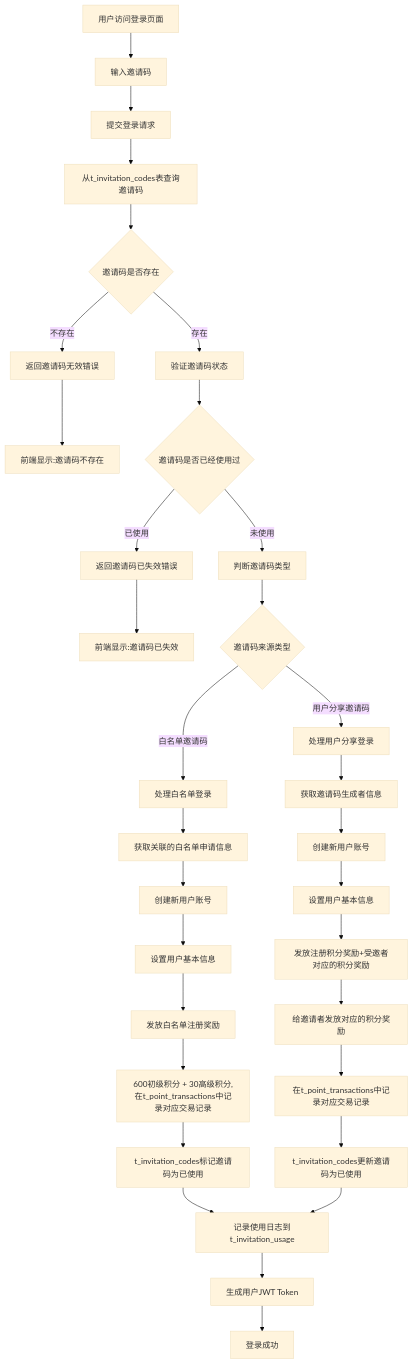
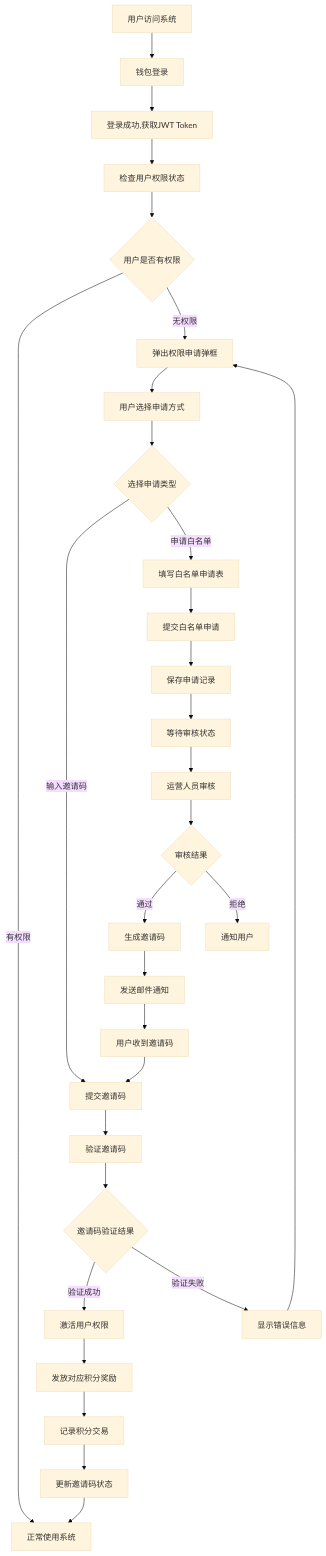
The diagram in all/未命名-76.md (yingjianzh/iodraw-files), drawn with Mermaid (base theme) before and after one commit.

Commit message:
2025-07-08 10:44:17 update

````diff
--- a/all/未命名-76.md
+++ b/all/未命名-76.md
@@ -1,40 +1,39 @@
 ```mermaid
 flowchart TD
-    A[用户访问登录页面] --> B[输入邀请码]
-    B --> E[提交登录请求]
-    E --> H[从t_invitation_codes表查询邀请码]
-    H --> I{邀请码是否存在}
-    I -->|不存在| J[返回邀请码无效错误]
-    J --> K[前端显示:邀请码不存在]
+    A[用户访问系统] --> B[钱包登录]
+    B --> C[登录成功,获取JWT Token]
+    C --> D[检查用户权限状态]
+    D --> E{用户是否有权限}
     
-    I -->|存在| L[验证邀请码状态]
-    L --> M{邀请码是否已经使用过}
-    M -->|已使用| N[返回邀请码已失效错误]
-    N --> O[前端显示:邀请码已失效]
+    E -->|有权限| F[正常使用系统]
+    E -->|无权限| G[弹出权限申请弹框]
     
-    M -->|未使用| X[判断邀请码类型]
-    X --> Y{邀请码来源类型}
+    G --> H[用户选择申请方式]
+    H --> I{选择申请类型}
     
-    Y -->|白名单邀请码| Z[处理白名单登录]
-    Z --> Z1[获取关联的白名单申请信息]
-    Z1 --> Z2[创建新用户账号]
-    Z2 --> Z3[设置用户基本信息]
-    Z3 --> Z4[发放白名单注册奖励]
-    Z4 --> Z5[600初级积分 + 30高级积分,在t_point_transactions中记录对应交易记录]
-    Z5 --> Z6[t_invitation_codes标记邀请码为已使用]
-    Z6 --> AA[记录使用日志到t_invitation_usage]
+    I -->|输入邀请码| J[提交邀请码]
+    I -->|申请白名单| K[填写白名单申请表]
     
-    Y -->|用户分享邀请码| BB[处理用户分享登录]
-    BB --> BB1[获取邀请码生成者信息]
-    BB1 --> BB2[创建新用户账号]
-    BB2 --> BB3[设置用户基本信息]
-    BB3 --> BB4[发放注册积分奖励+受邀者对应的积分奖励]
-    BB4 --> BB5[给邀请者发放对应的积分奖励]
-    BB5 --> BB6[在t_point_transactions中记录对应交易记录]
-    BB6 --> BB7[t_invitation_codes更新邀请码为已使用]
-    BB7 --> AA
+    J --> L[验证邀请码]
+    L --> M{邀请码验证结果}
+    M -->|验证成功| N[激活用户权限]
+    M -->|验证失败| O[显示错误信息]
+    O --> G
     
-    AA --> CC[生成用户JWT Token]
-    CC --> DD[登录成功]  
-
+    K --> P[提交白名单申请]
+    P --> Q[保存申请记录]
+    Q --> R[等待审核状态]
+    
+    N --> S[发放对应积分奖励]
+    S --> T[记录积分交易]
+    T --> U[更新邀请码状态]
+    U --> F
+    
+    R --> V[运营人员审核]
+    V --> W{审核结果}
+    W -->|通过| X[生成邀请码]
+    W -->|拒绝| Y[通知用户]
+    X --> Z[发送邮件通知]
+    Z --> AA[用户收到邀请码]
+    AA --> J
 ```
````
